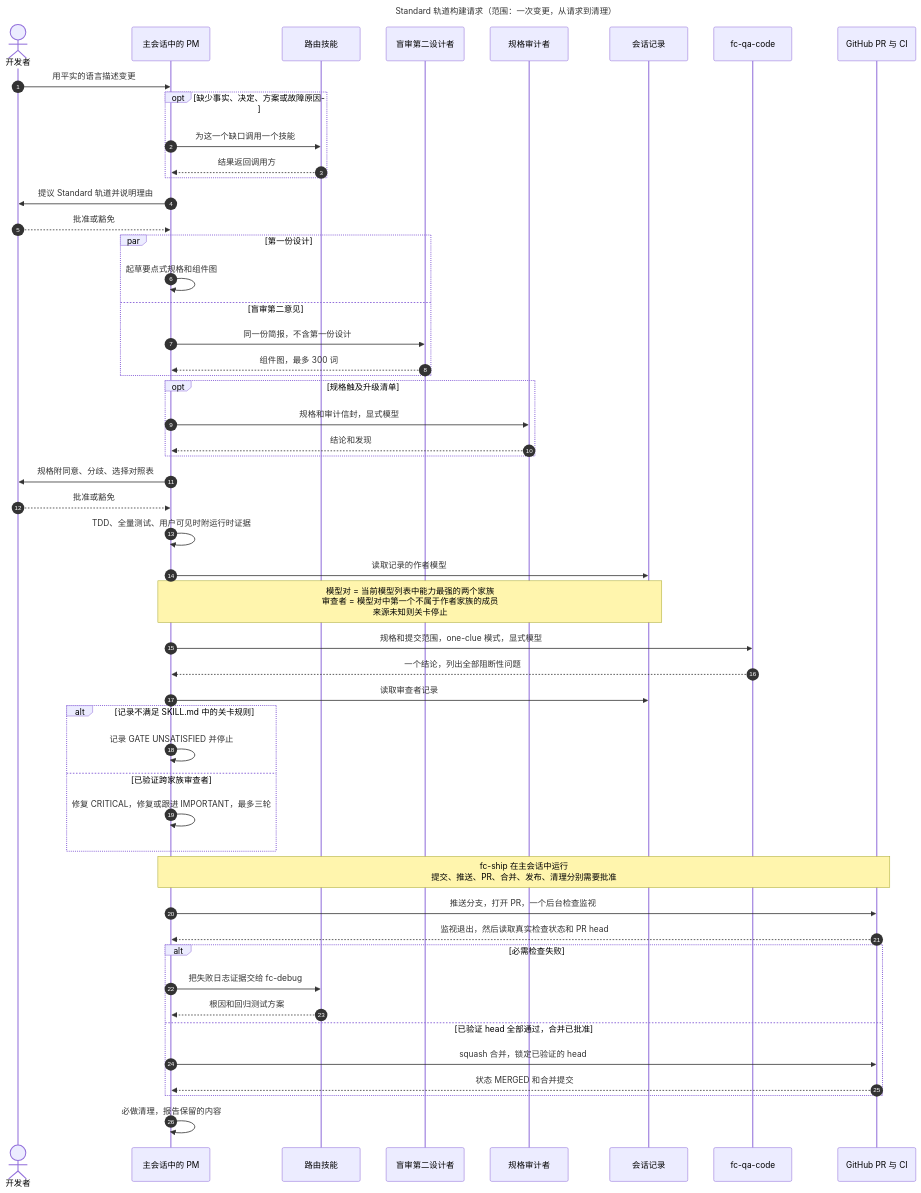
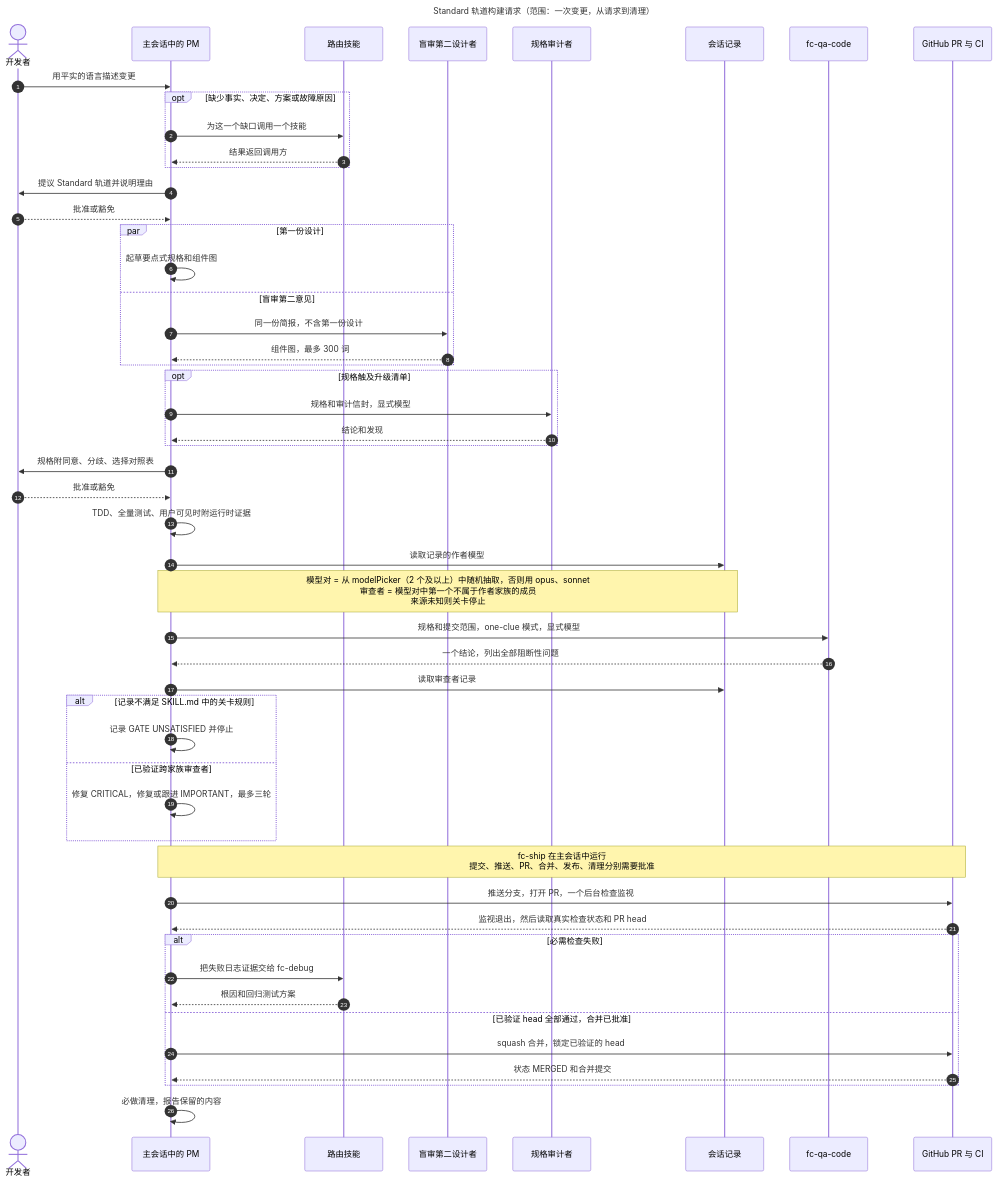
Before and after one commit to D0n9X1n/feature-crew: the second of 2 diagrams in wiki/Architecture-zh-CN.md, drawn with Mermaid. The commit also changed 4 other files, not shown here.

First line of the commit message:
fix: pick the review pair from the /model picker

````diff
--- a/wiki/Architecture-zh-CN.md
+++ b/wiki/Architecture-zh-CN.md
@@ -73,56 +73,56 @@
 ```mermaid
 ---
 title: "Standard 轨道构建请求（范围：一次变更，从请求到清理）"
 ---
 sequenceDiagram
     autonumber
     actor Dev as 开发者
     participant PM as 主会话中的 PM
     participant Sub as 路由技能
     participant SD as 盲审第二设计者
     participant Aud as 规格审计者
     participant Rec as 会话记录
     participant QA as fc-qa-code
     participant GH as GitHub PR 与 CI
     Dev->>PM: 用平实的语言描述变更
     opt 缺少事实、决定、方案或故障原因
         PM->>Sub: 为这一个缺口调用一个技能
         Sub-->>PM: 结果返回调用方
     end
     PM->>Dev: 提议 Standard 轨道并说明理由
     Dev-->>PM: 批准或豁免
     par 第一份设计
         PM->>PM: 起草要点式规格和组件图
     and 盲审第二意见
         PM->>SD: 同一份简报，不含第一份设计
         SD-->>PM: 组件图，最多 300 词
     end
     opt 规格触及升级清单
         PM->>Aud: 规格和审计信封，显式模型
         Aud-->>PM: 结论和发现
     end
     PM->>Dev: 规格附同意、分歧、选择对照表
     Dev-->>PM: 批准或豁免
     PM->>PM: TDD、全量测试、用户可见时附运行时证据
     PM->>Rec: 读取记录的作者模型
-    Note over PM,Rec: 模型对 = 当前模型列表中能力最强的两个家族<br/>审查者 = 模型对中第一个不属于作者家族的成员<br/>来源未知则关卡停止
+    Note over PM,Rec: 模型对 = 从 modelPicker（2 个及以上）中随机抽取，否则用 opus、sonnet<br/>审查者 = 模型对中第一个不属于作者家族的成员<br/>来源未知则关卡停止
     PM->>QA: 规格和提交范围，one-clue 模式，显式模型
     QA-->>PM: 一个结论，列出全部阻断性问题
     PM->>Rec: 读取审查者记录
     alt 记录不满足 SKILL.md 中的关卡规则
         PM->>PM: 记录 GATE UNSATISFIED 并停止
     else 已验证跨家族审查者
         PM->>PM: 修复 CRITICAL，修复或跟进 IMPORTANT，最多三轮
     end
     Note over PM,GH: fc-ship 在主会话中运行<br/>提交、推送、PR、合并、发布、清理分别需要批准
     PM->>GH: 推送分支，打开 PR，一个后台检查监视
     GH-->>PM: 监视退出，然后读取真实检查状态和 PR head
     alt 必需检查失败
         PM->>Sub: 把失败日志证据交给 fc-debug
         Sub-->>PM: 根因和回归测试方案
     else 已验证 head 全部通过，合并已批准
         PM->>GH: squash 合并，锁定已验证的 head
         GH-->>PM: 状态 MERGED 和合并提交
     end
     PM->>PM: 必做清理，报告保留的内容
 ```
````
